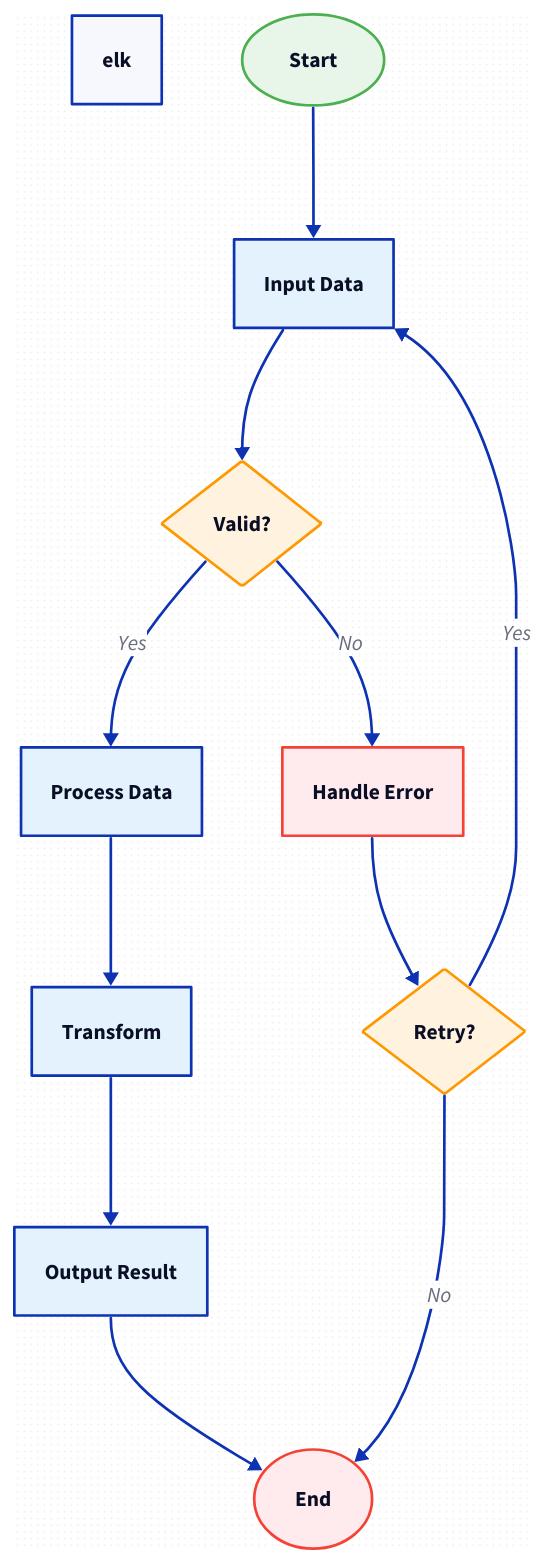
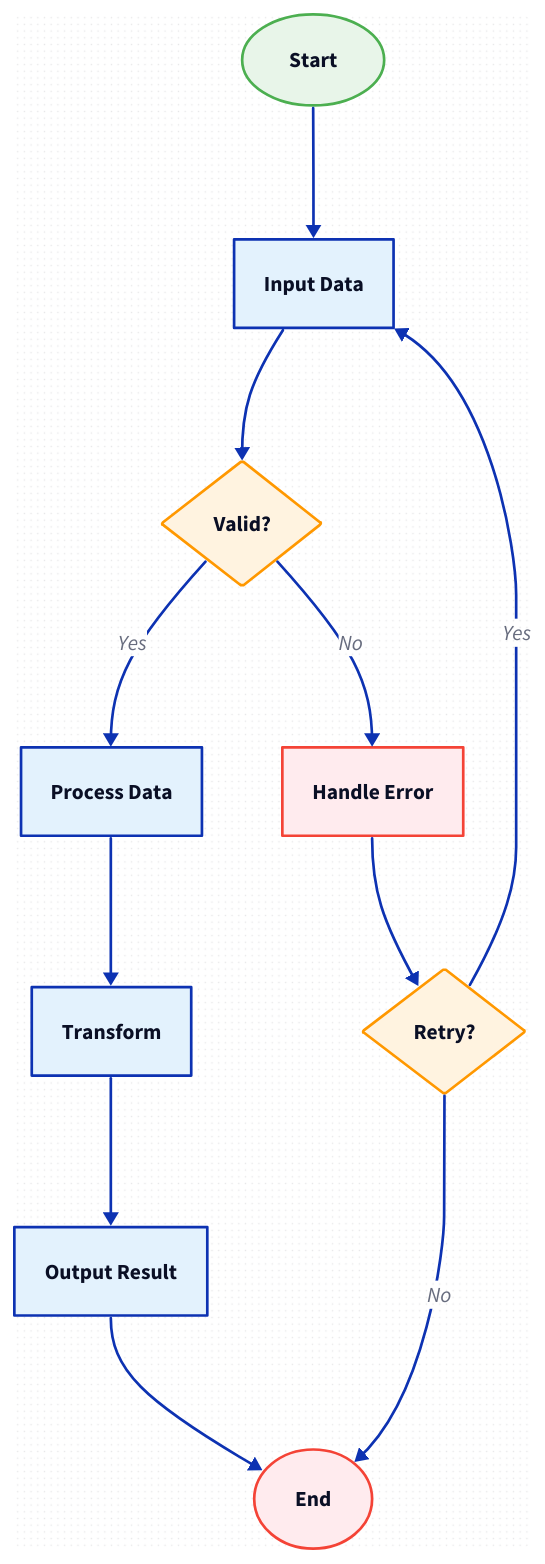
Before and after one commit to ruleizhou/han-skills: the diagram in skills/han-d2-diagram/assets/templates/flowchart.d2, drawn with D2. The commit also changed 13 other files, not shown here.

First line of the commit message:
fix(d2): 修正 layout:elk 渲染成节点 bug + dagre→elk 规范统一

```diff
--- a/skills/han-d2-diagram/assets/templates/flowchart.d2
+++ b/skills/han-d2-diagram/assets/templates/flowchart.d2
@@ -1,74 +1,73 @@
 # Flowchart Template
 # Usage: d2 --theme=300 -l elk --sketch flowchart.d2 output.png
 
-layout: elk
 direction: down
 
 style: {
   fill-pattern: dots
   stroke-dash: 3
   border-radius: 10
 }
 
 # Start/End nodes (oval shape)
 start: Start {
   shape: oval
   style.fill: "#E8F5E9"
   style.stroke: "#4CAF50"
 }
 
 end: End {
   shape: oval
   style.fill: "#FFEBEE"
   style.stroke: "#F44336"
 }
 
 # Process nodes (rectangle)
 input: Input Data {
   style.fill: "#E3F2FD"
 }
 
 process: Process Data {
   style.fill: "#E3F2FD"
 }
 
 transform: Transform {
   style.fill: "#E3F2FD"
 }
 
 output: Output Result {
   style.fill: "#E3F2FD"
 }
 
 # Decision nodes (diamond shape)
 valid: Valid? {
   shape: diamond
   style.fill: "#FFF3E0"
   style.stroke: "#FF9800"
 }
 
 error: Handle Error {
   style.fill: "#FFEBEE"
   style.stroke: "#F44336"
 }
 
 retry: Retry? {
   shape: diamond
   style.fill: "#FFF3E0"
   style.stroke: "#FF9800"
 }
 
 # Connections
 start -> input
 input -> valid
 
 valid -> process: Yes
 valid -> error: No
 
 process -> transform
 transform -> output
 output -> end
 
 error -> retry
 retry -> input: Yes
 retry -> end: No
```
